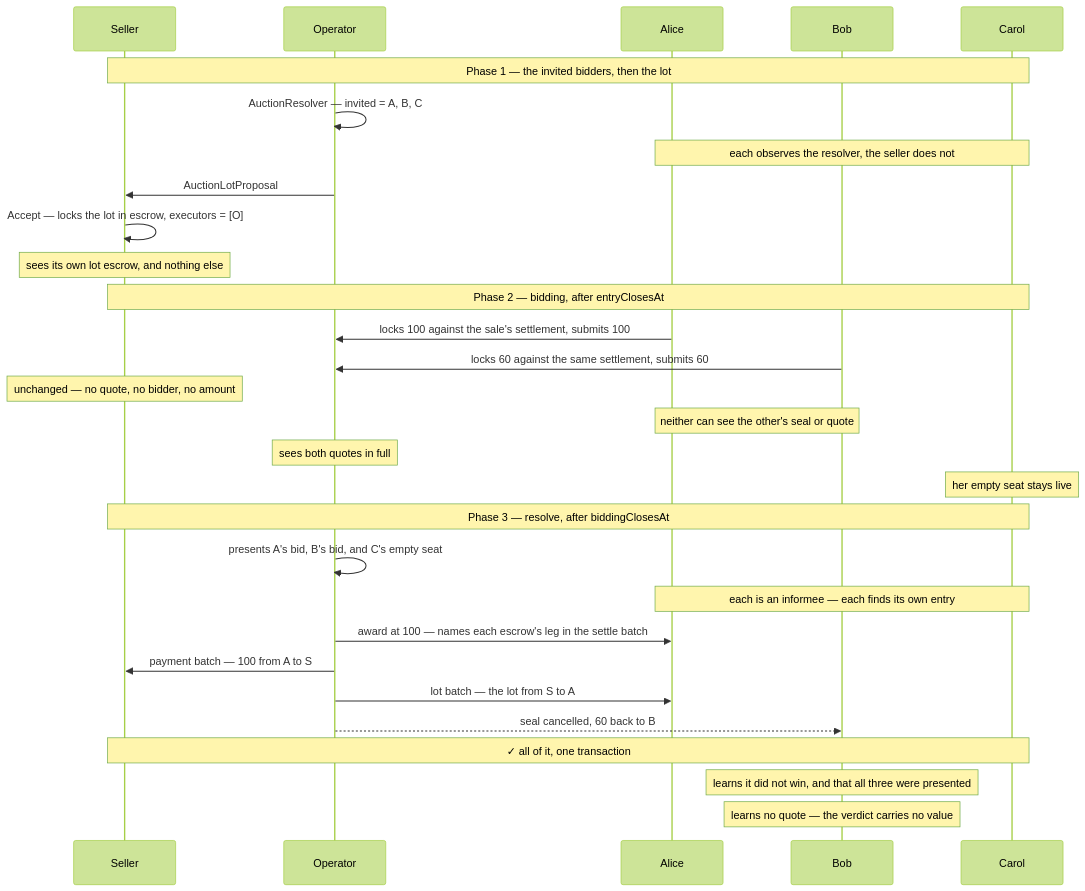
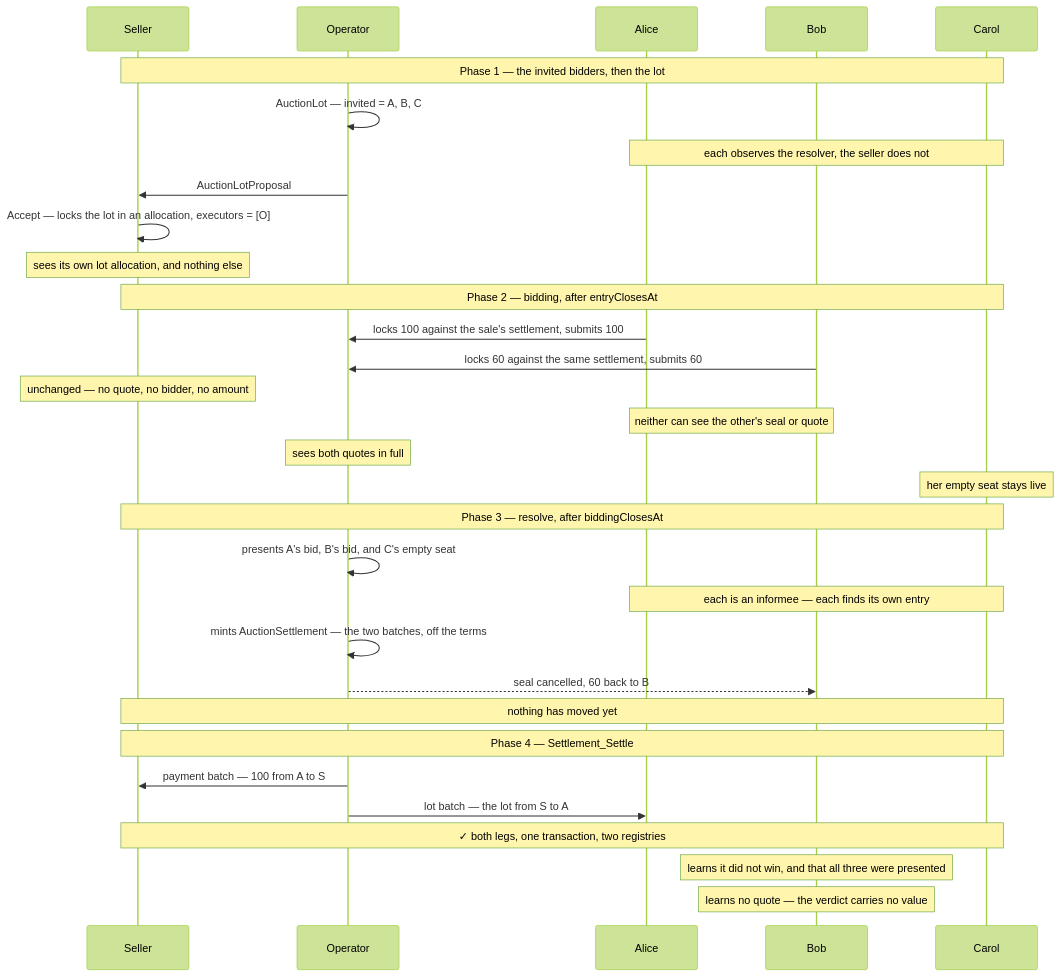
Before and after one commit to unlockitio/concordia: the first of 4 diagrams in examples/auctions/sealed-bid-first-price/DEMOS.md, drawn with Mermaid (forest theme). The commit also changed other lines of this file and 42 other files, not shown here.

````diff
--- a/examples/auctions/sealed-bid-first-price/DEMOS.md
+++ b/examples/auctions/sealed-bid-first-price/DEMOS.md
@@ -83,34 +81,37 @@
 ```mermaid
 sequenceDiagram
     participant S as Seller
     participant O as Operator
     participant A as Alice
     participant B as Bob
     participant C as Carol
 
     Note over S,C: Phase 1 — the invited bidders, then the lot
-    O->>O: AuctionResolver — invited = A, B, C
+    O->>O: AuctionLot — invited = A, B, C
     Note over A,C: each observes the resolver, the seller does not
     O->>S: AuctionLotProposal
-    S->>S: Accept — locks the lot in escrow, executors = [O]
-    Note over S: sees its own lot escrow, and nothing else
+    S->>S: Accept — locks the lot in an allocation, executors = [O]
+    Note over S: sees its own lot allocation, and nothing else
 
     Note over S,C: Phase 2 — bidding, after entryClosesAt
     A->>O: locks 100 against the sale's settlement, submits 100
     B->>O: locks 60 against the same settlement, submits 60
     Note over S: unchanged — no quote, no bidder, no amount
     Note over A,B: neither can see the other's seal or quote
     Note over O: sees both quotes in full 
     Note over C: her empty seat stays live
 
     Note over S,C: Phase 3 — resolve, after biddingClosesAt
     O->>O: presents A's bid, B's bid, and C's empty seat
     Note over A,C: each is an informee — each finds its own entry
-    O->>A: award at 100 — names each escrow's leg in the settle batch
+    O->>O: mints AuctionSettlement — the two batches, off the terms
+    O-->>B: seal cancelled, 60 back to B
+    Note over S,C: nothing has moved yet
+
+    Note over S,C: Phase 4 — Settlement_Settle
     O->>S: payment batch — 100 from A to S
     O->>A: lot batch — the lot from S to A
-    O-->>B: seal cancelled, 60 back to B
-    Note over S,C: ✓ all of it, one transaction
+    Note over S,C: ✓ both legs, one transaction, two registries
     Note over B: learns it did not win, and that all three were presented
     Note over B: learns no quote — the verdict carries no value
 ```
````
